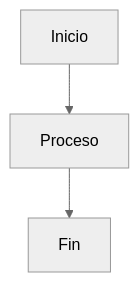
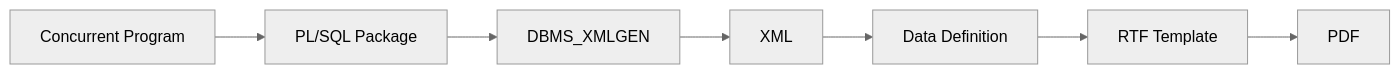
Before and after one commit to andrexamarin/oracle-kb: the third of 3 diagrams in docs/03_ebs/concurrent_programs.md, drawn with Mermaid (neutral theme). The commit also changed other lines of this file and 3 other files, not shown here.

````diff
--- a/docs/03_ebs/concurrent_programs.md
+++ b/docs/03_ebs/concurrent_programs.md
@@ -15,5 +222,24 @@
 ```mermaid
-flowchart TD
-A[Inicio] --> B[Proceso]
-B --> C[Fin]
+flowchart LR
+
+A[Concurrent Program]
+
+B[PL/SQL Package]
+
+C[DBMS_XMLGEN]
+
+D[XML]
+
+E[Data Definition]
+
+F[RTF Template]
+
+G[PDF]
+
+A --> B
+B --> C
+C --> D
+D --> E
+E --> F
+F --> G
 ```
````
